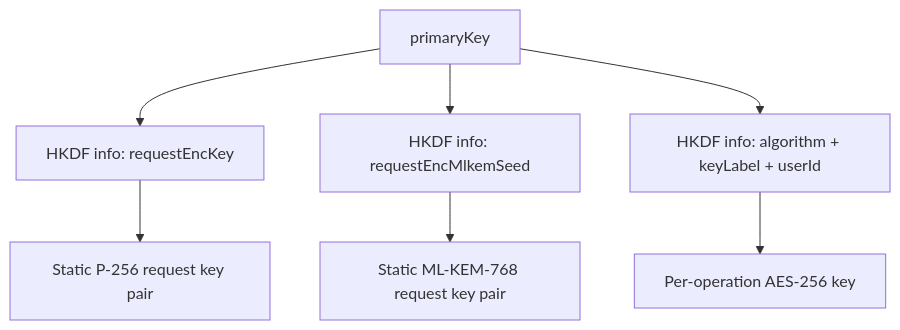
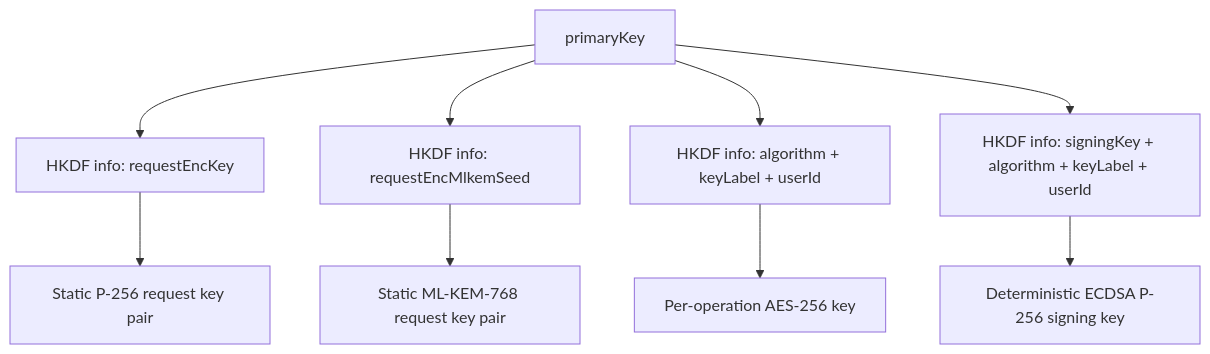
One commit to ItalyPaleAle/revaulter changed the third of 9 diagrams in docs/04-crypto-architecture.md. Above: the diagram before and after it, drawn with Mermaid. The commit also changed other lines of this file and 39 other files, not shown here.

````diff
--- a/docs/04-crypto-architecture.md
+++ b/docs/04-crypto-architecture.md
@@ -229,9 +246,11 @@
 ```mermaid
 flowchart TD
     PK[primaryKey] --> HK1[HKDF info: requestEncKey]
     PK --> HK2[HKDF info: requestEncMlkemSeed]
     PK --> HK3[HKDF info: algorithm + keyLabel + userId]
+    PK --> HK4[HKDF info: signingKey + algorithm + keyLabel + userId]
     HK1 --> ECDH[Static P-256 request key pair]
     HK2 --> MLKEM[Static ML-KEM-768 request key pair]
     HK3 --> OP[Per-operation AES-256 key]
+    HK4 --> SIG[Deterministic ECDSA P-256 signing key]
 ```
````
